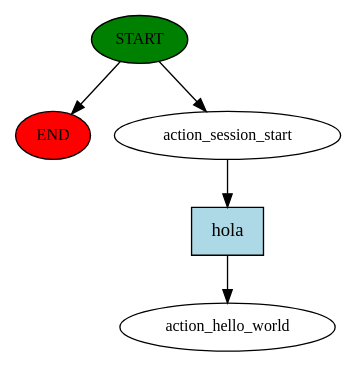
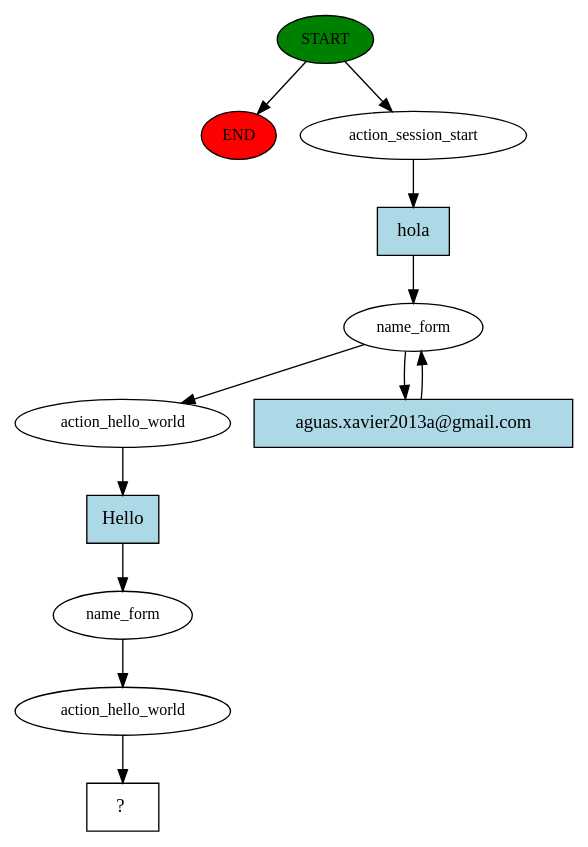
One commit to kabirivan/Ecommerce-Assistant-Jasmine changed the diagram in story_graph.dot. Above: the diagram before and after it, drawn with Graphviz. The commit also changed 9 other files, not shown here.

```diff
--- a/story_graph.dot
+++ b/story_graph.dot
@@ -1,11 +1,24 @@
 digraph  {
 0 [class="start active", fillcolor=green, fontsize=12, label=START, style=filled];
 "-1" [class=end, fillcolor=red, fontsize=12, label=END, style=filled];
 1 [class=active, fontsize=12, label=action_session_start];
-2 [class="dashed active", fontsize=12, label=action_hello_world];
-3 [class="intent active", fillcolor=lightblue, label=hola, shape=rect, style=filled];
+2 [class=active, fontsize=12, label=name_form];
+5 [class=active, fontsize=12, label=action_hello_world];
+6 [class=active, fontsize=12, label=name_form];
+7 [class=active, fontsize=12, label=action_hello_world];
+8 [class="intent dashed active", label="  ?  ", shape=rect];
+9 [class="intent active", fillcolor=lightblue, label=hola, shape=rect, style=filled];
+10 [class="intent active", fillcolor=lightblue, label="aguas.xavier2013a@gmail.com", shape=rect, style=filled];
+11 [class="intent active", fillcolor=lightblue, label=Hello, shape=rect, style=filled];
 0 -> "-1"  [class="", key=NONE, label=""];
 0 -> 1  [class=active, key=NONE, label=""];
-1 -> 3  [class=active, key=0];
-3 -> 2  [class=active, key=0];
+1 -> 9  [class=active, key=0];
+2 -> 5  [class=active, key=NONE, label=""];
+2 -> 10  [class=active, key=0];
+5 -> 11  [class=active, key=0];
+6 -> 7  [class=active, key=NONE, label=""];
+7 -> 8  [class=active, key=NONE, label=""];
+9 -> 2  [class=active, key=0];
+10 -> 2  [class=active, key=0];
+11 -> 6  [class=active, key=0];
 }
```
